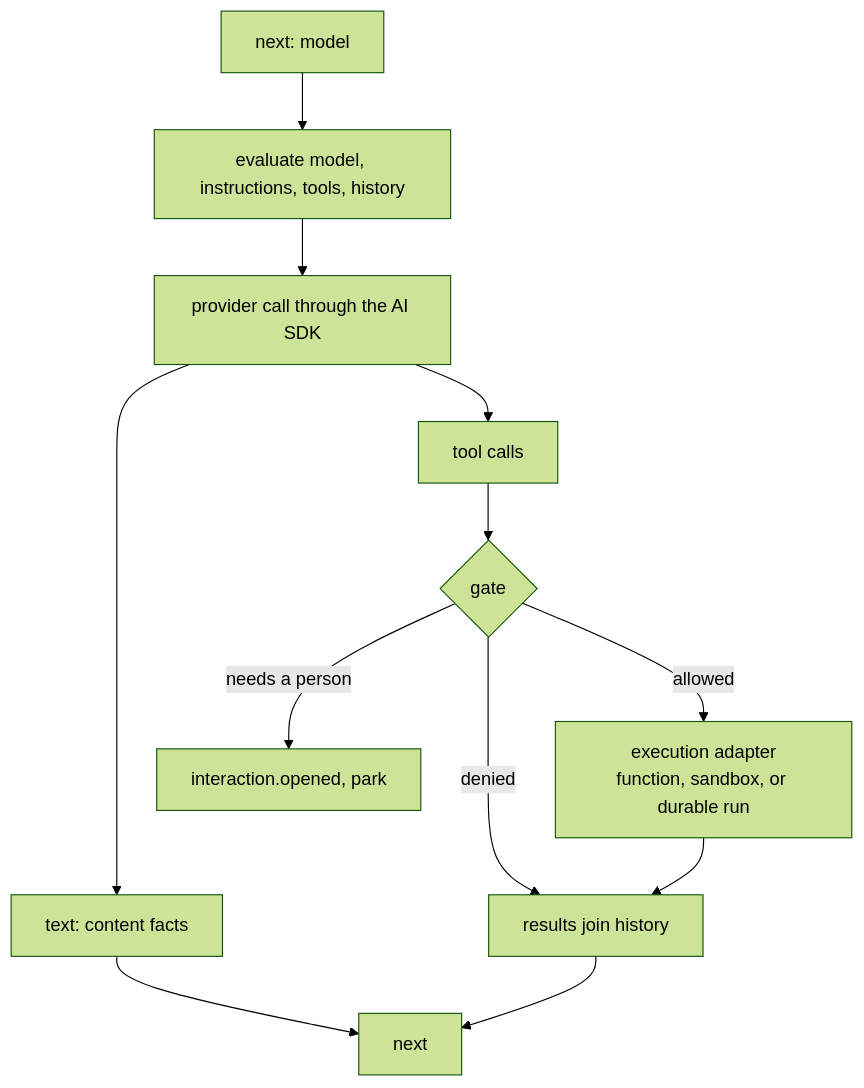
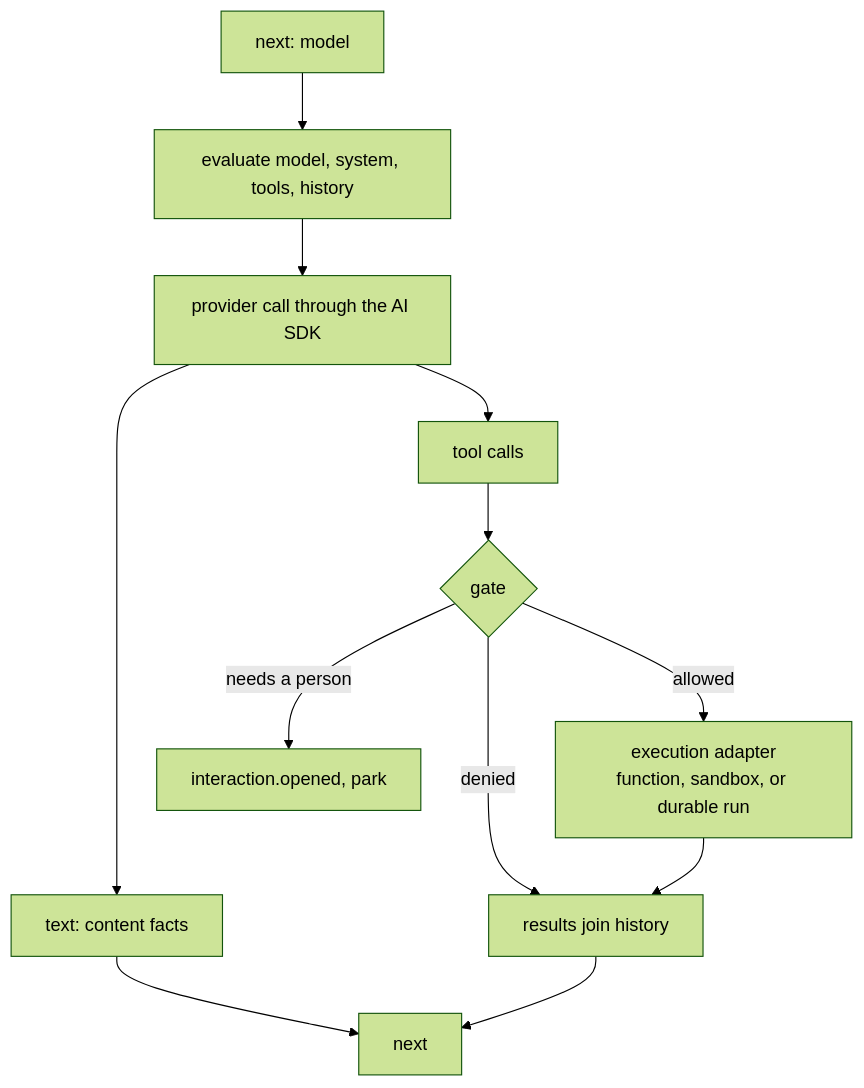
The third of 6 diagrams in research/session-kernel.md (vercel/eve), drawn with Mermaid (forest theme) before and after one commit. The commit also changed other lines of this file, not shown here.

First line of the commit message:
docs(research): name the system prompt field system, and drop the note cap

````diff
--- a/research/session-kernel.md
+++ b/research/session-kernel.md
@@ -72,14 +72,14 @@
 ```mermaid
 flowchart TD
-  Model["next: model"] --> Evaluate["evaluate model, instructions, tools, history"]
+  Model["next: model"] --> Evaluate["evaluate model, system, tools, history"]
   Evaluate --> Provider["provider call through the AI SDK"]
   Provider --> Text["text: content facts"]
   Provider --> Calls["tool calls"]
   Calls --> Gate{"gate"}
   Gate -- allowed --> Adapter["execution adapter<br/>function, sandbox, or durable run"]
   Gate -- needs a person --> Park["interaction.opened, park"]
   Gate -- denied --> History["results join history"]
   Adapter --> History
   Text --> Next["next"]
   History --> Next
 ```
````
